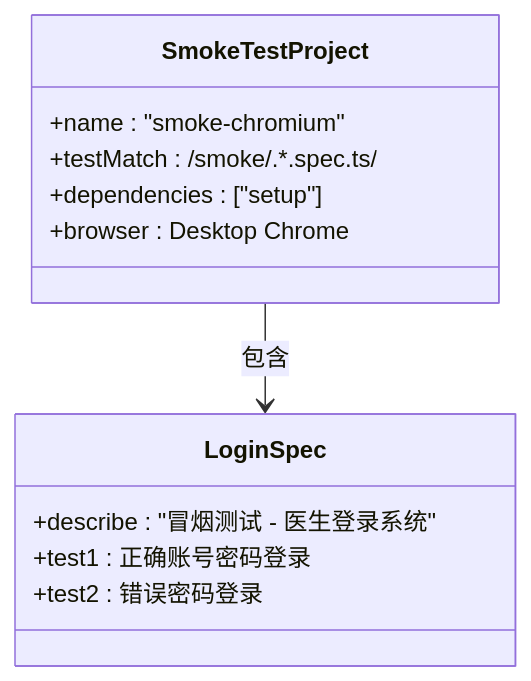
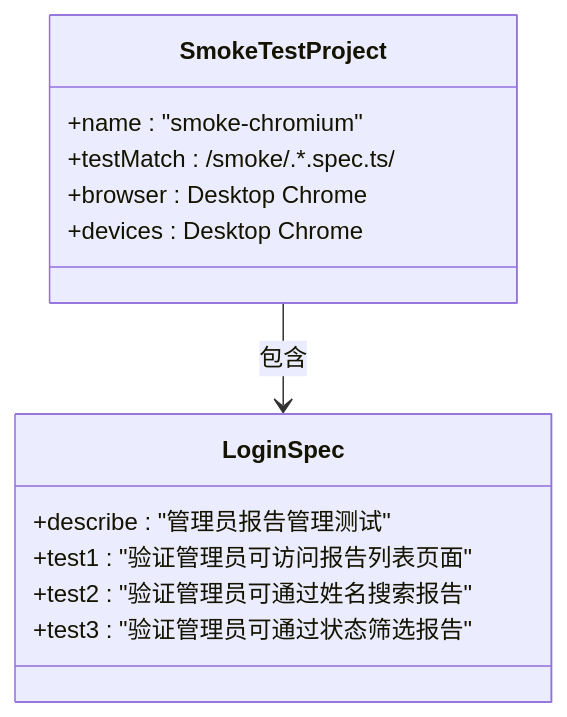
One commit to zzgoviziwind/--playwright changed the seventh of 16 diagrams in .qoder/repowiki/zh/content/测试框架配置/Playwright配置详解.md. Above: the diagram before and after it, drawn with Mermaid. The commit also changed other lines of this file and 112 other files, not shown here.

````diff
--- a/.qoder/repowiki/zh/content/测试框架配置/Playwright配置详解.md
+++ b/.qoder/repowiki/zh/content/测试框架配置/Playwright配置详解.md
@@ -287,15 +304,16 @@
 ```mermaid
 classDiagram
 class SmokeTestProject {
 +name : "smoke-chromium"
 +testMatch : /smoke\/.*\.spec\.ts/
-+dependencies : ["setup"]
 +browser : Desktop Chrome
++devices : Desktop Chrome
 }
 class LoginSpec {
-+describe : "冒烟测试 - 医生登录系统"
-+test1 : 正确账号密码登录
-+test2 : 错误密码登录
++describe : "管理员报告管理测试"
++test1 : "验证管理员可访问报告列表页面"
++test2 : "验证管理员可通过姓名搜索报告"
++test3 : "验证管理员可通过状态筛选报告"
 }
 SmokeTestProject --> LoginSpec : 包含
 ```
````
